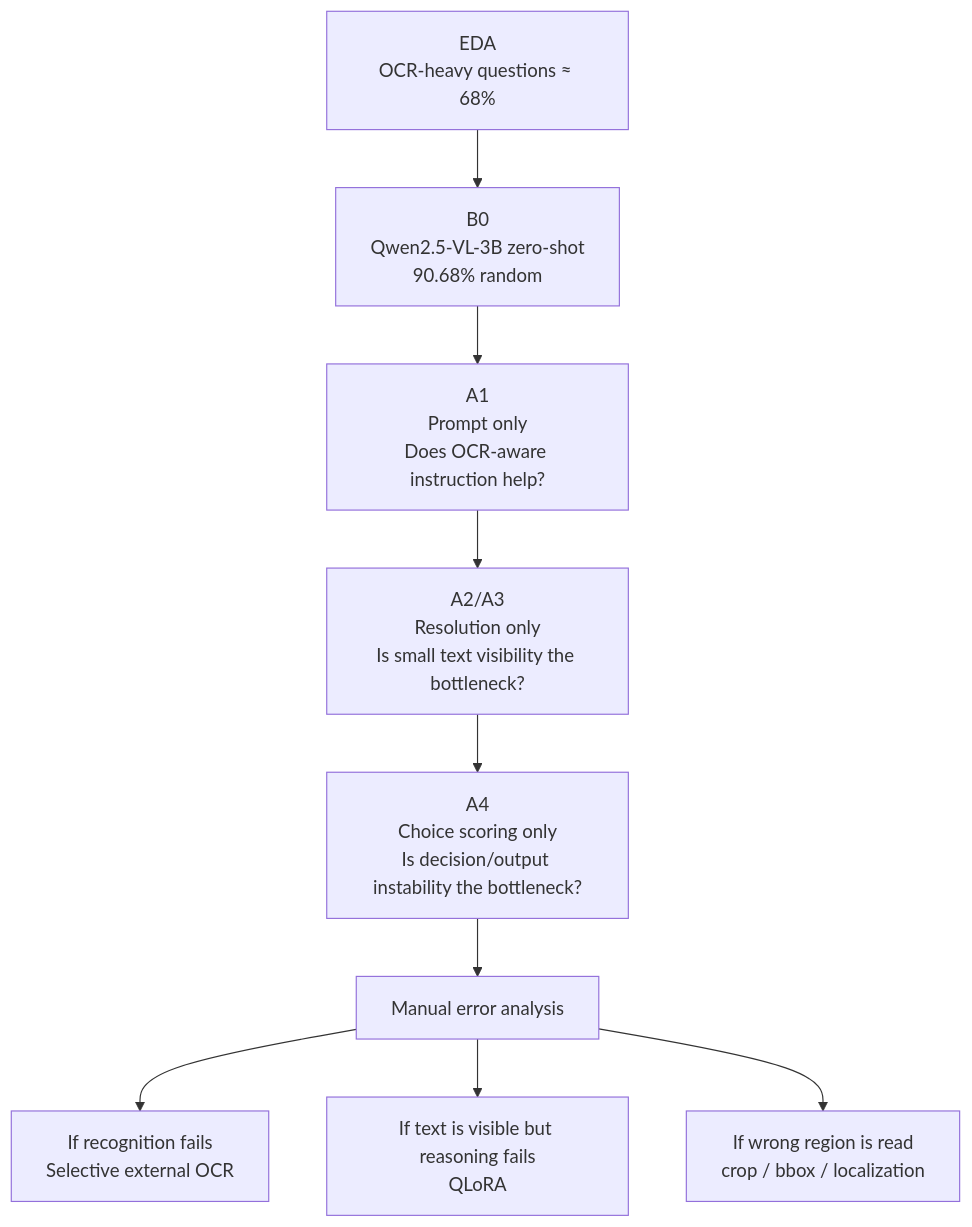
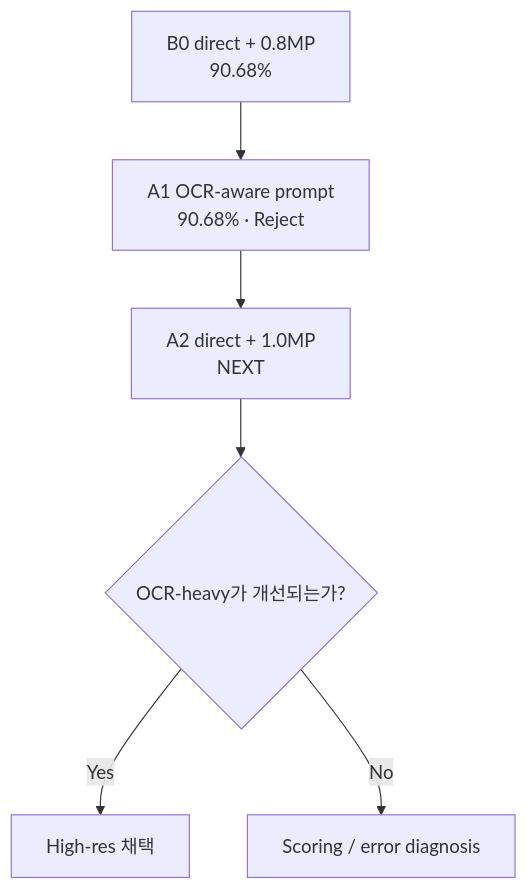
Before and after one commit to moonaneul/VQA_text_image_based: the diagram in reports/README.md, drawn with Mermaid. The commit also changed other lines of this file, not shown here.

````diff
--- a/reports/README.md
+++ b/reports/README.md
@@ -35,11 +37,8 @@
 ```mermaid
 flowchart TD
-    EDA["EDA<br/>OCR-heavy questions ≈ 68%"] --> B0["B0<br/>Qwen2.5-VL-3B zero-shot<br/>90.68% random"]
-    B0 --> A1["A1<br/>Prompt only<br/>Does OCR-aware instruction help?"]
-    A1 --> A2["A2/A3<br/>Resolution only<br/>Is small text visibility the bottleneck?"]
-    A2 --> A4["A4<br/>Choice scoring only<br/>Is decision/output instability the bottleneck?"]
-    A4 --> ERR["Manual error analysis"]
-    ERR --> OCR["If recognition fails<br/>Selective external OCR"]
-    ERR --> FT["If text is visible but reasoning fails<br/>QLoRA"]
-    ERR --> LOC["If wrong region is read<br/>crop / bbox / localization"]
+    B0["B0 direct + 0.8MP<br/>90.68%"] --> A1["A1 OCR-aware prompt<br/>90.68% · Reject"]
+    A1 --> A2["A2 direct + 1.0MP<br/>NEXT"]
+    A2 --> Q{"OCR-heavy가 개선되는가?"}
+    Q -->|Yes| KEEP["High-res 채택"]
+    Q -->|No| NEXT["Scoring / error diagnosis"]
 ```
````
